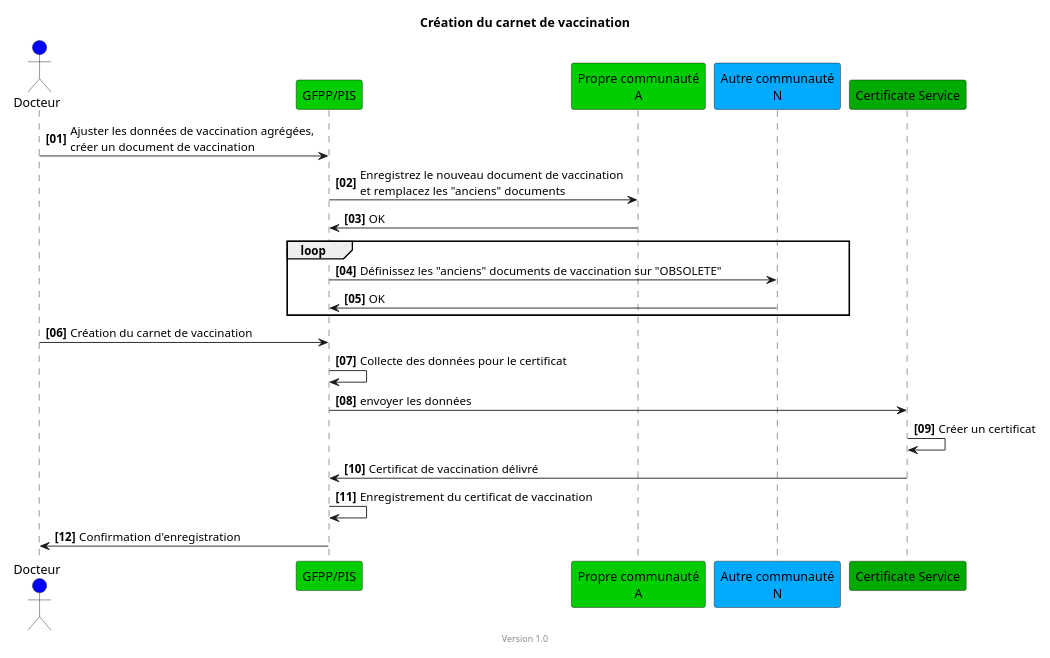
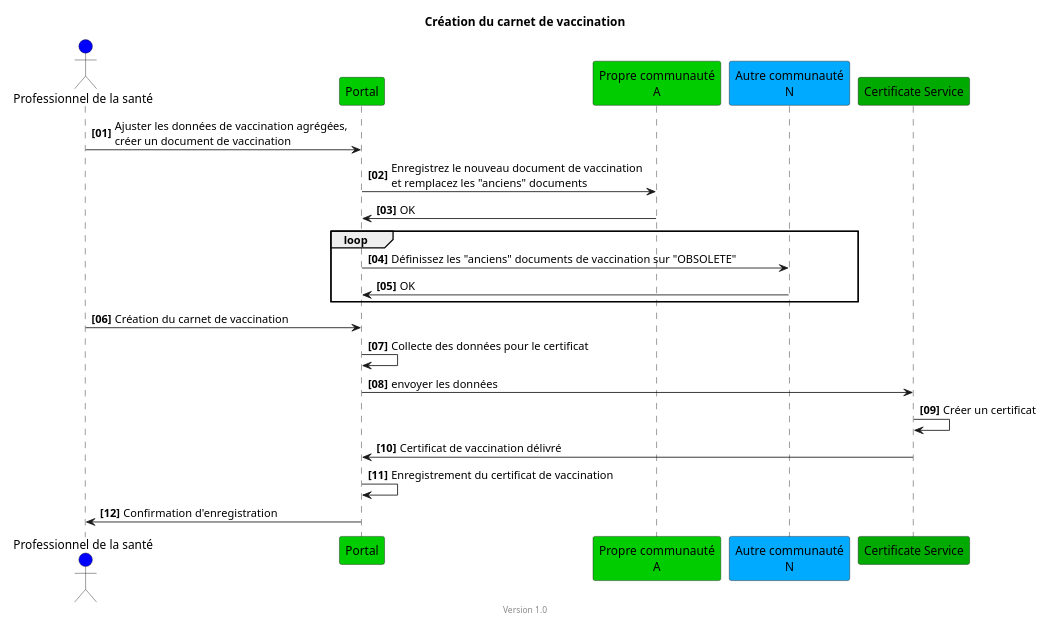
The diagram in input/images-source/epd-create-valid-immunization-certificate-fr.plantuml (hl7ch/ch-vacd), drawn with PlantUML before and after one commit. The commit also changed 12 other files, not shown here.

```diff
--- a/input/images-source/epd-create-valid-immunization-certificate-fr.plantuml
+++ b/input/images-source/epd-create-valid-immunization-certificate-fr.plantuml
@@ -1,31 +1,31 @@
 @startuml
 title Création du carnet de vaccination
 footer Version 1.0
 skinparam responseMessageBelowArrow true
 scale max 800 width
 
-actor Docteur #blue
-participant "GFPP/PIS" #00CC00
+actor "Professionnel de la santé" AS Docteur #blue
+participant "Portal" #00CC00
 participant "Propre communauté\nA" #00CC00
 participant "Autre communauté\nN" #00aaff
 participant "Certificate Service" #00aa00
 
 autonumber "<b>[00]"
-Docteur -> "GFPP/PIS": Ajuster les données de vaccination agrégées,\ncréer un document de vaccination
-"GFPP/PIS" -> "Propre communauté\nA": Enregistrez le nouveau document de vaccination\net remplacez les "anciens" documents
-"Propre communauté\nA" -> "GFPP/PIS": OK
+Docteur -> "Portal": Ajuster les données de vaccination agrégées,\ncréer un document de vaccination
+"Portal" -> "Propre communauté\nA": Enregistrez le nouveau document de vaccination\net remplacez les "anciens" documents
+"Propre communauté\nA" -> "Portal": OK
 
 loop
-"GFPP/PIS" -> "Autre communauté\nN": Définissez les "anciens" documents de vaccination sur "OBSOLETE"
-"Autre communauté\nN" -> "GFPP/PIS": OK
+"Portal" -> "Autre communauté\nN": Définissez les "anciens" documents de vaccination sur "OBSOLETE"
+"Autre communauté\nN" -> "Portal": OK
 end
 
-Docteur -> "GFPP/PIS": Création du carnet de vaccination
-"GFPP/PIS" -> "GFPP/PIS": Collecte des données pour le certificat
-"GFPP/PIS" -> "Certificate Service": envoyer les données
+Docteur -> "Portal": Création du carnet de vaccination
+"Portal" -> "Portal": Collecte des données pour le certificat
+"Portal" -> "Certificate Service": envoyer les données
 "Certificate Service" -> "Certificate Service": Créer un certificat
-"Certificate Service" -> "GFPP/PIS": Certificat de vaccination délivré
-"GFPP/PIS" -> "GFPP/PIS": Enregistrement du certificat de vaccination
-"GFPP/PIS" -> Docteur: Confirmation d'enregistration
+"Certificate Service" -> "Portal": Certificat de vaccination délivré
+"Portal" -> "Portal": Enregistrement du certificat de vaccination
+"Portal" -> Docteur: Confirmation d'enregistration
 
 @enduml
```
